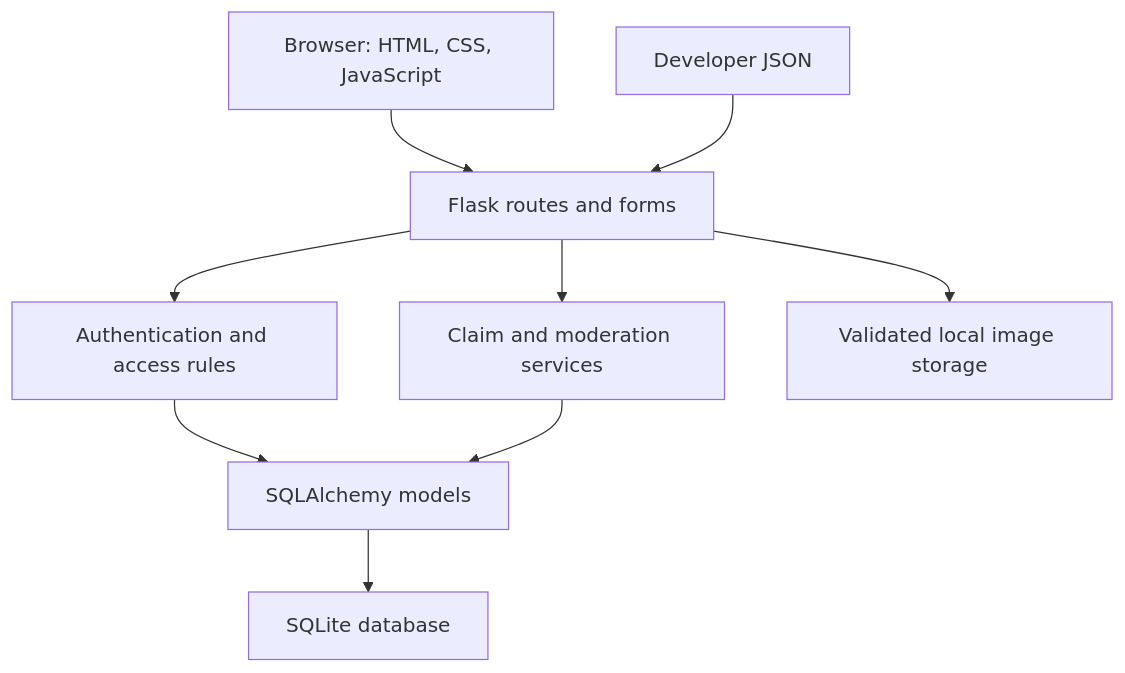
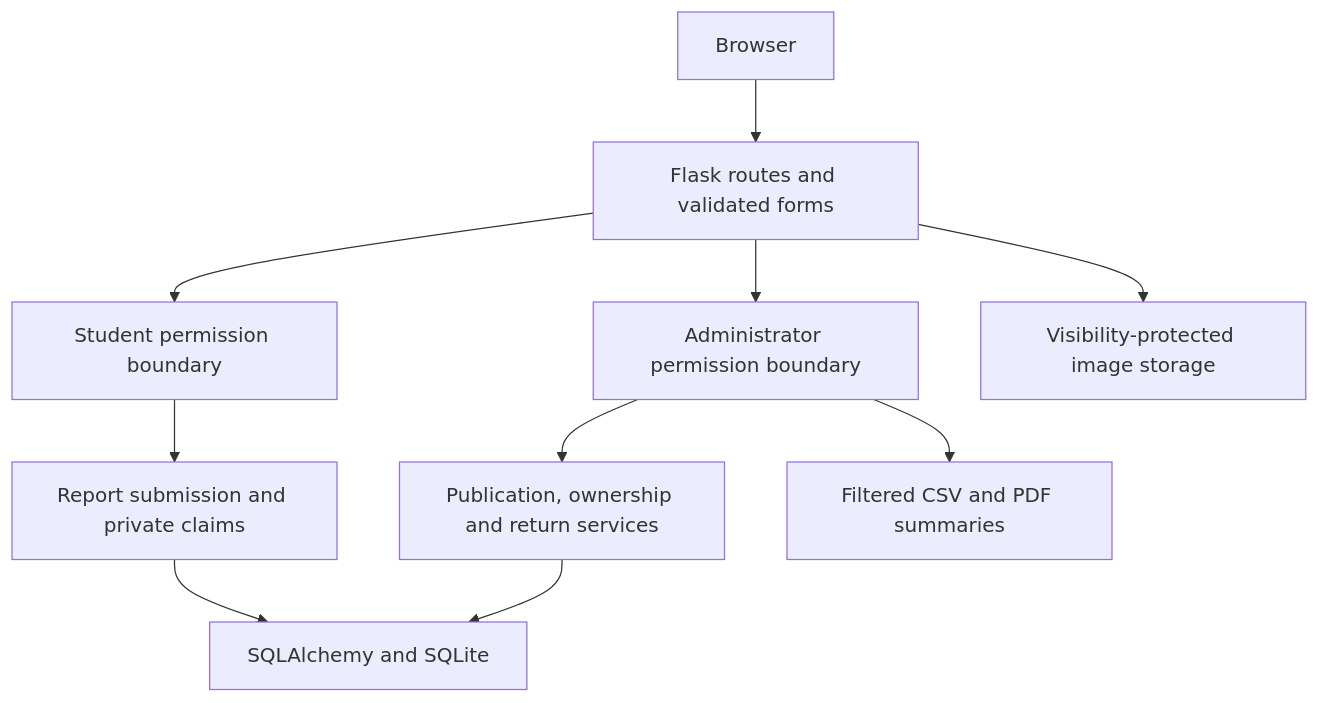
Before and after one commit to MeazbahMehedi/CampusFind: the third of 3 diagrams in README.md, drawn with Mermaid. The commit also changed other lines of this file and 45 other files, not shown here.

````diff
--- a/README.md
+++ b/README.md
@@ -184,11 +208,12 @@
 ```mermaid
 flowchart TD
-    A[Browser: HTML, CSS, JavaScript] --> B[Flask routes and forms]
-    B --> C[Authentication and access rules]
-    B --> D[Claim and moderation services]
-    C --> E[SQLAlchemy models]
-    D --> E
-    E --> F[SQLite database]
-    B --> G[Validated local image storage]
-    H[Developer JSON] --> B
+    A[Browser] --> B[Flask routes and validated forms]
+    B --> C[Student permission boundary]
+    B --> D[Administrator permission boundary]
+    C --> E[Report submission and private claims]
+    D --> F[Publication, ownership and return services]
+    E --> G[SQLAlchemy and SQLite]
+    F --> G
+    B --> H[Visibility-protected image storage]
+    D --> I[Filtered CSV and PDF summaries]
 ```
````
